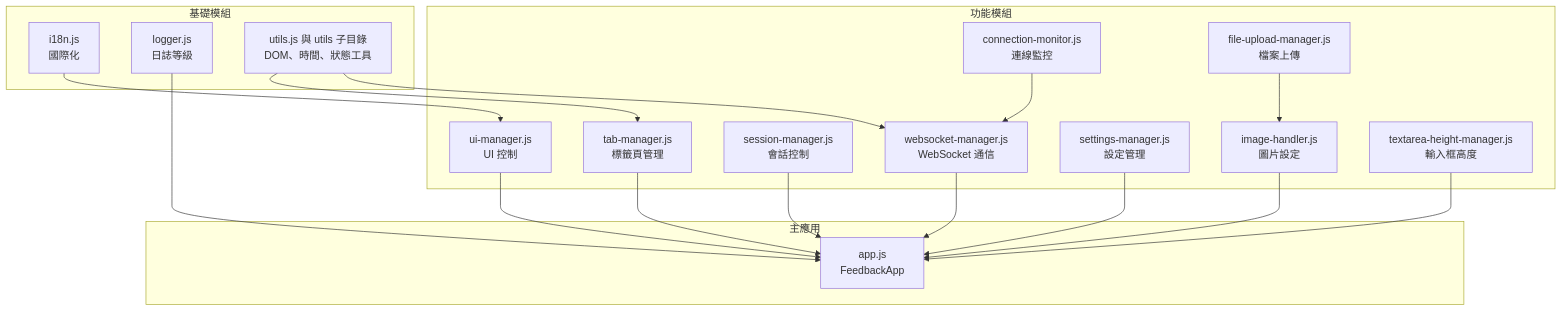
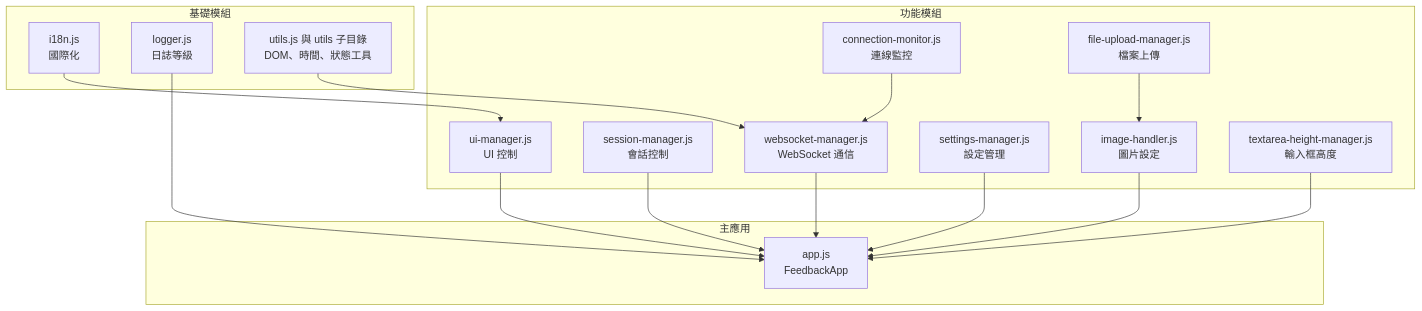
Before and after one commit to CloudEngineHub/mcp-feedback-enhanced: diagram 11 of 12 in docs/architecture/component-details.md, drawn with Mermaid. The commit also changed other lines of this file and 4 other files, not shown here.

Commit message:
📝 重連、連線監控與會話統計段落改成目前實作，移除已刪除的 TabManager、mcp_feedback_tabs 與 heartbeat 的 tabId

````diff
--- a/docs/architecture/component-details.md
+++ b/docs/architecture/component-details.md
@@ -759,38 +758,35 @@
 ```mermaid
 graph TD
     subgraph "基礎模組"
         I18N[i18n.js<br/>國際化]
         LOGGER[logger.js<br/>日誌等級]
         UTILS[utils.js 與 utils 子目錄<br/>DOM、時間、狀態工具]
     end
 
     subgraph "功能模組"
-        TAB[tab-manager.js<br/>標籤頁管理]
         WS[websocket-manager.js<br/>WebSocket 通信]
         MONITOR[connection-monitor.js<br/>連線監控]
         SESSION[session-manager.js<br/>會話控制]
         UPLOAD[file-upload-manager.js<br/>檔案上傳]
         IMG[image-handler.js<br/>圖片設定]
         SETTINGS[settings-manager.js<br/>設定管理]
         UI[ui-manager.js<br/>UI 控制]
         HEIGHT[textarea-height-manager.js<br/>輸入框高度]
     end
 
     subgraph "主應用"
         APP[app.js<br/>FeedbackApp]
     end
 
-    UTILS --> TAB
     UTILS --> WS
     MONITOR --> WS
     UPLOAD --> IMG
     I18N --> UI
     LOGGER --> APP
-    TAB --> APP
     WS --> APP
     SESSION --> APP
     IMG --> APP
     SETTINGS --> APP
     UI --> APP
     HEIGHT --> APP
 ```
````
